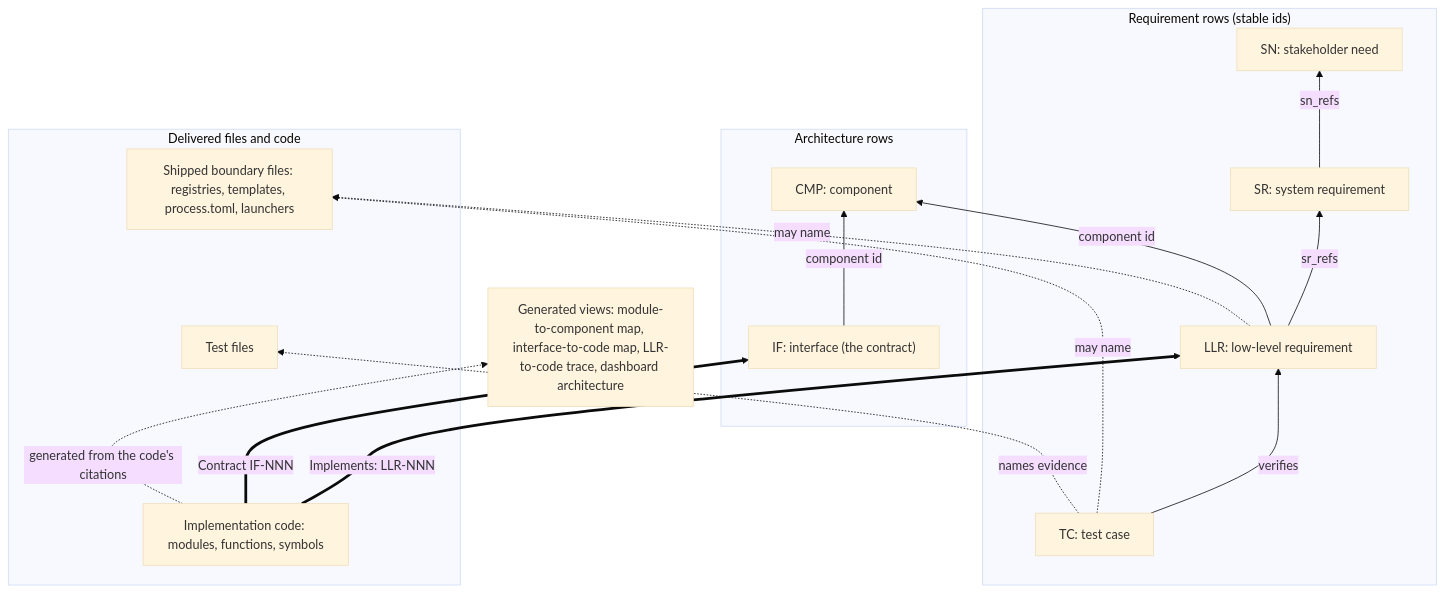
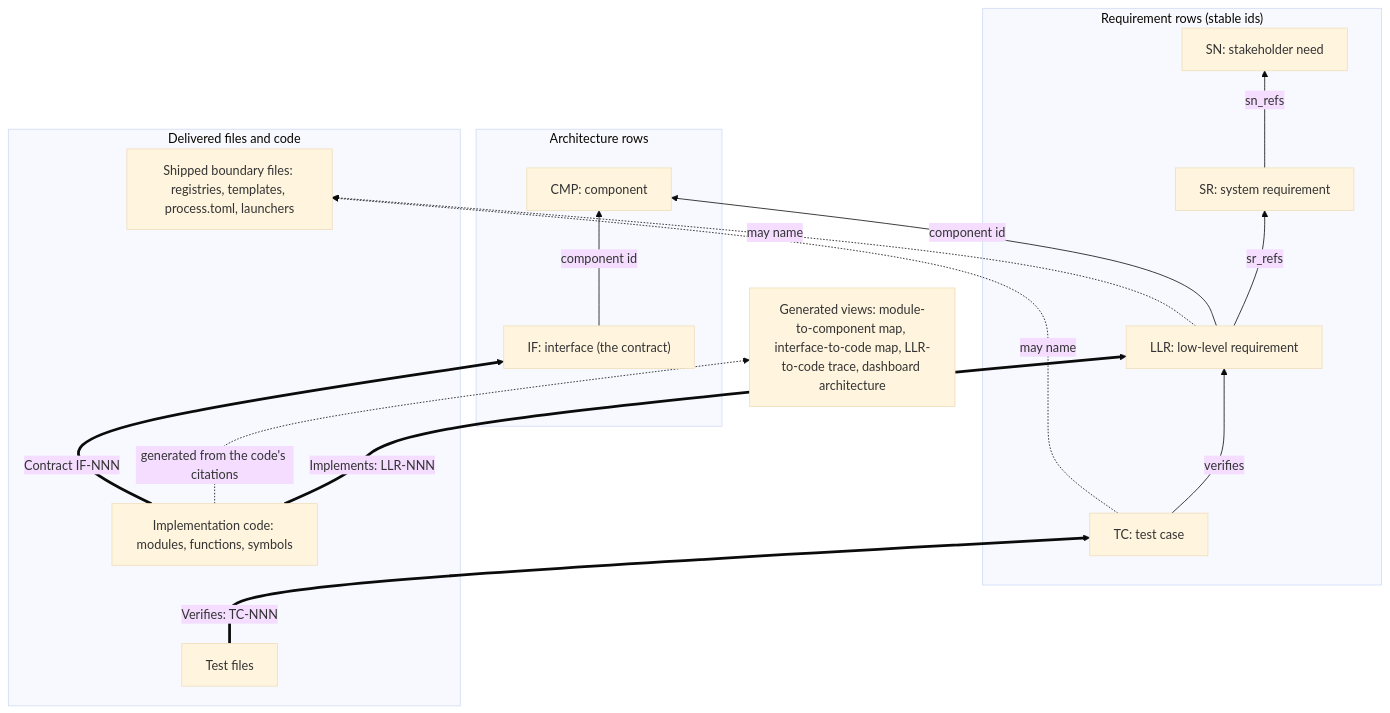
The diagram in docs/plans/2026-10-11-review-churn/pointer-rules.md (diytechy/ai-template), drawn with Mermaid (base theme) before and after one commit. The commit also changed other lines of this file and 2 other files, not shown here.

First line of the commit message:
docs: review-churn plan revision 8: the owner's rulings on tests naming their TC, the empty pool, and fresh convergence rounds

````diff
--- a/docs/plans/2026-10-11-review-churn/pointer-rules.md
+++ b/docs/plans/2026-10-11-review-churn/pointer-rules.md
@@ -10,31 +10,31 @@
 ```mermaid
 flowchart BT
   subgraph REQ["Requirement rows (stable ids)"]
     SN["SN: stakeholder need"]
     SR["SR: system requirement"]
     LLR["LLR: low-level requirement"]
     TC["TC: test case"]
   end
   subgraph ARCH["Architecture rows"]
     CMP["CMP: component"]
     IF["IF: interface (the contract)"]
   end
   subgraph REAL["Delivered files and code"]
     SHIP["Shipped boundary files: registries, templates, process.toml, launchers"]
     TESTS["Test files"]
     CODE["Implementation code: modules, functions, symbols"]
   end
   GEN["Generated views: module-to-component map, interface-to-code map, LLR-to-code trace, dashboard architecture"]
 
   SR -->|sn_refs| SN
   LLR -->|sr_refs| SR
   TC -->|verifies| LLR
   LLR -->|component id| CMP
   IF -->|component id| CMP
   LLR -.->|may name| SHIP
   TC -.->|may name| SHIP
-  TC -.->|names evidence| TESTS
+  TESTS ==>|"Verifies: TC-NNN"| TC
   CODE ==>|"Implements: LLR-NNN"| LLR
   CODE ==>|"Contract IF-NNN"| IF
   CODE -. generated from the code's citations .-> GEN
 ```
````
